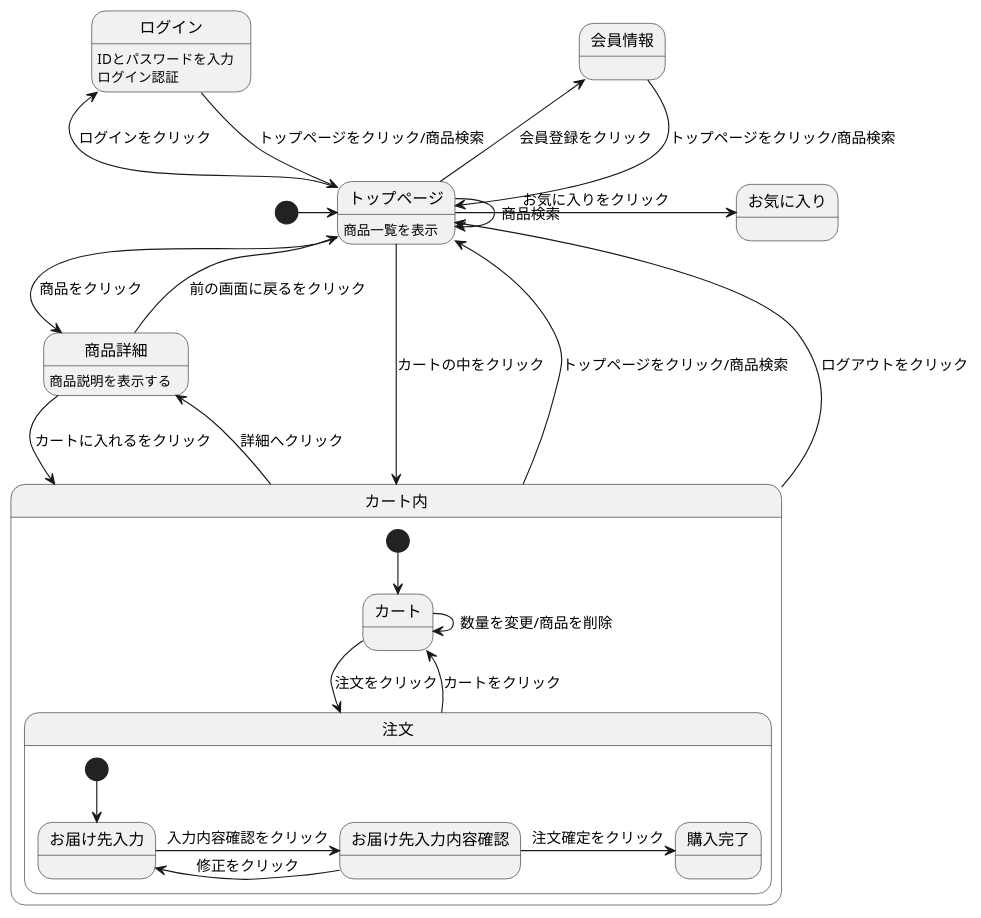
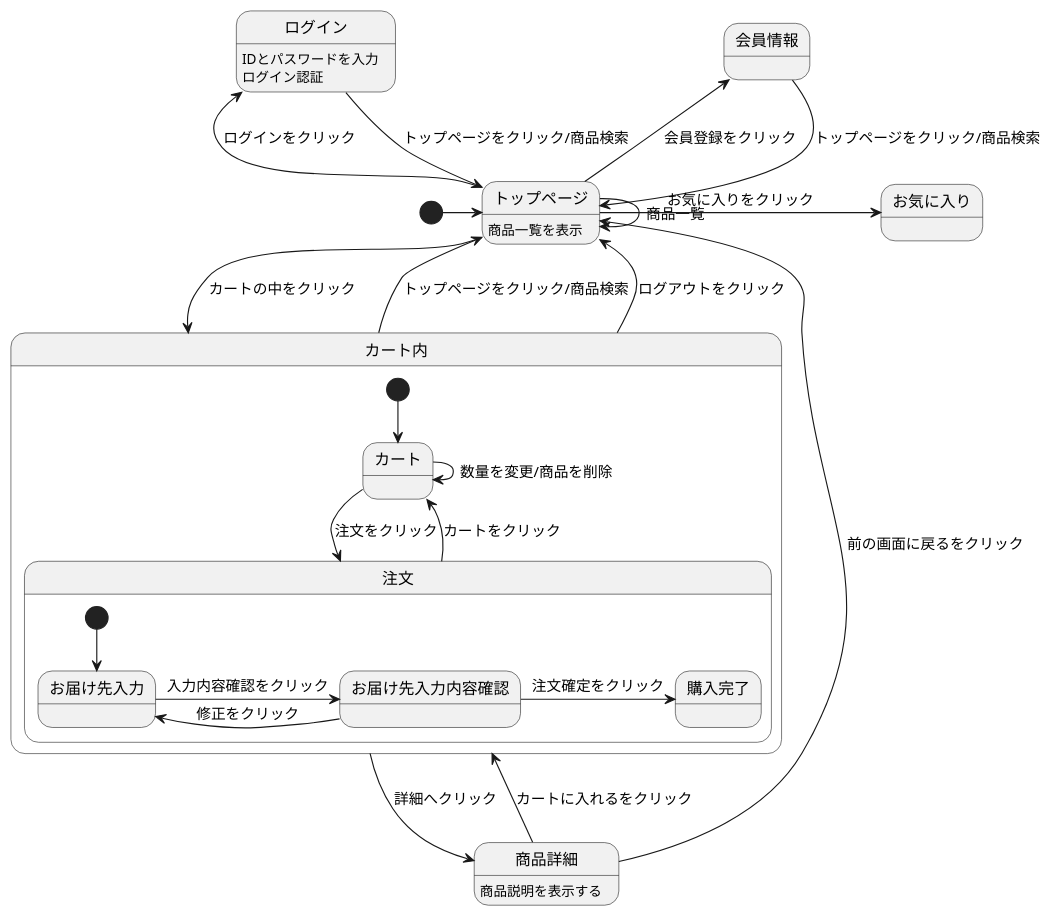
Before and after one commit to Aso2001397/2021sys-design: the diagram in 2001397G.md, drawn with PlantUML.

````diff
--- a/2001397G.md
+++ b/2001397G.md
@@ -1,35 +1,34 @@
 ```uml
 @startuml
 [*] -> トップページ
 会員情報 --> トップページ : トップページをクリック/商品検索
 ログイン --> トップページ : トップページをクリック/商品検索
 ログイン : IDとパスワードを入力
 ログイン : ログイン認証
-トップページ -> トップページ : 商品検索
-トップページ -> 商品詳細 : 商品をクリック
+トップページ -> トップページ : 商品一覧
 トップページ -> お気に入り : お気に入りをクリック
 トップページ -left-> 会員情報 : 会員登録をクリック
 トップページ -left-> ログイン: ログインをクリック
 トップページ --> カート内 : カートの中をクリック
 トップページ : 商品一覧を表示
 商品詳細 --> カート内 : カートに入れるをクリック
 商品詳細 --> トップページ : 前の画面に戻るをクリック
 商品詳細 : 商品説明を表示する
 カート内 -up-> トップページ : トップページをクリック/商品検索
 カート内 -up-> トップページ : ログアウトをクリック
 カート内 -> 商品詳細 : 詳細へクリック
 
 state カート内{
  [*] --> カート
  カート -> 注文 : 注文をクリック
  カート -> カート : 数量を変更/商品を削除
  注文 --> カート : カートをクリック
  state 注文{
   [*] --> お届け先入力
   お届け先入力 -> お届け先入力内容確認 : 入力内容確認をクリック
   お届け先入力内容確認 -> お届け先入力 : 修正をクリック
   お届け先入力内容確認 -> 購入完了 : 注文確定をクリック
   }
  }
  @enduml
  ```
````
